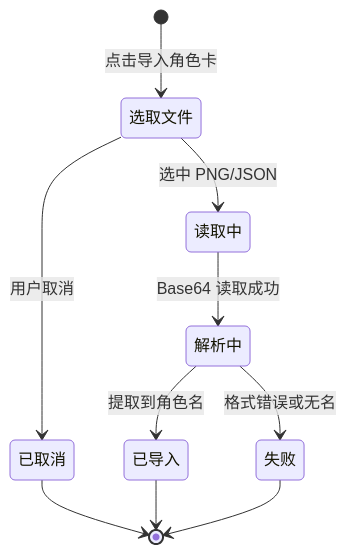
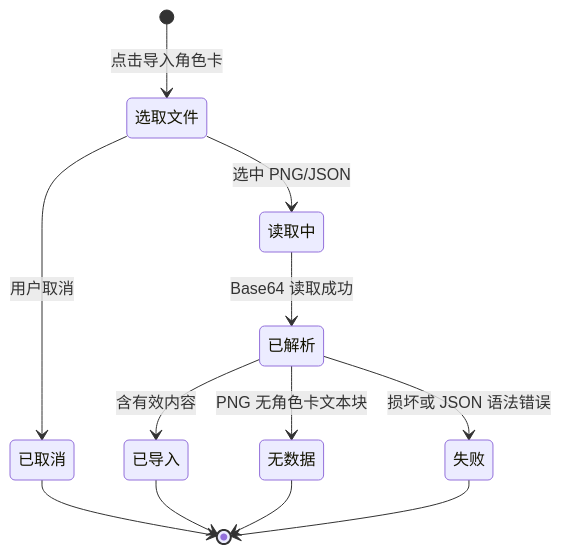
Before and after one commit to pppxxxy/easychat2: the diagram in .monkeycode/docs/专有概念/角色卡.md, drawn with Mermaid. The commit also changed other lines of this file and 16 other files, not shown here.

````diff
--- a/.monkeycode/docs/专有概念/角色卡.md
+++ b/.monkeycode/docs/专有概念/角色卡.md
@@ -44,12 +68,14 @@
 ```mermaid
 stateDiagram-v2
     [*] --> 选取文件: 点击导入角色卡
     选取文件 --> 已取消: 用户取消
     选取文件 --> 读取中: 选中 PNG/JSON
-    读取中 --> 解析中: Base64 读取成功
-    解析中 --> 已导入: 提取到角色名
-    解析中 --> 失败: 格式错误或无名
+    读取中 --> 已解析: Base64 读取成功
+    已解析 --> 已导入: 含有效内容
+    已解析 --> 无数据: PNG 无角色卡文本块
+    已解析 --> 失败: 损坏或 JSON 语法错误
     已取消 --> [*]
     已导入 --> [*]
+    无数据 --> [*]
     失败 --> [*]
 ```
````
